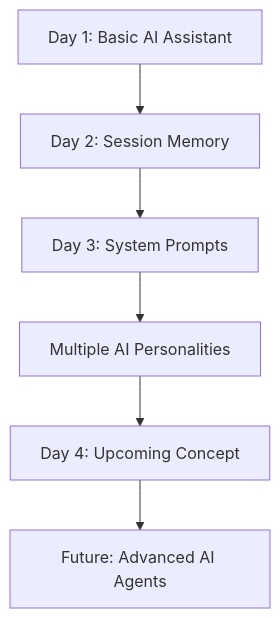
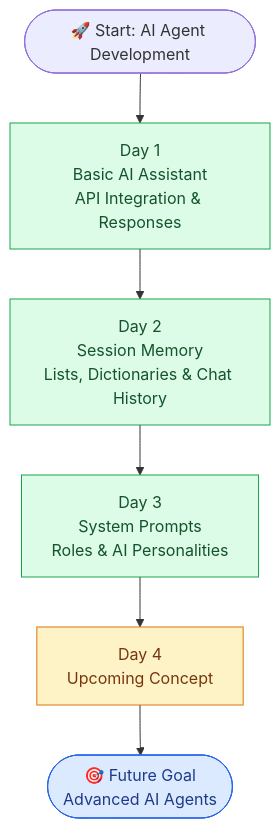
One commit to mdaamir6870/ai-agent-development changed the diagram in README.md. Above: the diagram before and after it, drawn with Mermaid. The commit also changed other lines of this file, not shown here.

````diff
--- a/README.md
+++ b/README.md
@@ -44,8 +67,28 @@
 ```mermaid
 flowchart TD
-    A[Day 1: Basic AI Assistant] --> B[Day 2: Session Memory]
-    B --> C[Day 3: System Prompts]
-    C --> D[Multiple AI Personalities]
-    D --> E[Day 4: Upcoming Concept]
-    E --> F[Future: Advanced AI Agents]
+    A(["🚀 Start: AI Agent Development"])
+
+    B["Day 1<br/>Basic AI Assistant<br/>API Integration & Responses"]
+    C["Day 2<br/>Session Memory<br/>Lists, Dictionaries & Chat History"]
+    D["Day 3<br/>System Prompts<br/>Roles & AI Personalities"]
+    E["Day 4<br/>Upcoming Concept"]
+    F(["🎯 Future Goal<br/>Advanced AI Agents"])
+
+    A --> B
+    B --> C
+    C --> D
+    D --> E
+    E --> F
+
+    click B "./Day-1/README.md" "Explore Day 1"
+    click C "./Day-2/README.md" "Explore Day 2"
+    click D "./Day-3/README.md" "Explore Day 3"
+
+    classDef completed fill:#dcfce7,stroke:#16a34a,color:#14532d
+    classDef upcoming fill:#fef3c7,stroke:#d97706,color:#78350f
+    classDef future fill:#dbeafe,stroke:#2563eb,color:#1e3a8a
+
+    class B,C,D completed
+    class E upcoming
+    class F future
 ```
````
